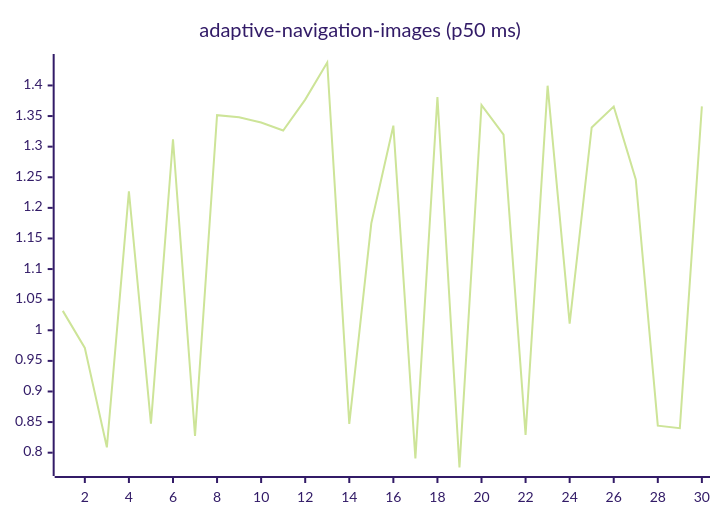
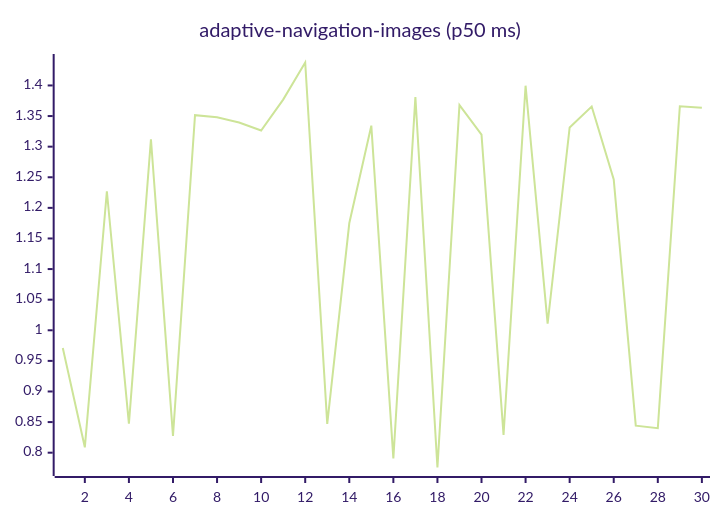
One commit to josha/Facet changed the first of 27 diagrams in README.md. Above: the diagram before and after it, drawn with Mermaid (forest theme). The commit also changed other lines of this file and 2 other files, not shown here.

````diff
--- a/README.md
+++ b/README.md
@@ -63,6 +63,6 @@
 ```mermaid
 xychart-beta
     title "adaptive-navigation-images (p50 ms)"
     x-axis 1 --> 30
-    line [1.0317, 0.9711, 0.8088, 1.2271, 0.8473, 1.3121, 0.8274, 1.3515, 1.3479, 1.3395, 1.3263, 1.3769, 1.4375, 0.8471, 1.1748, 1.3343, 0.7905, 1.3810, 0.7758, 1.3680, 1.3197, 0.8291, 1.3996, 1.0110, 1.3313, 1.3656, 1.2466, 0.8441, 0.8400, 1.3659]
+    line [0.9711, 0.8088, 1.2271, 0.8473, 1.3121, 0.8274, 1.3515, 1.3479, 1.3395, 1.3263, 1.3769, 1.4375, 0.8471, 1.1748, 1.3343, 0.7905, 1.3810, 0.7758, 1.3680, 1.3197, 0.8291, 1.3996, 1.0110, 1.3313, 1.3656, 1.2466, 0.8441, 0.8400, 1.3659, 1.3636]
 ```
````
